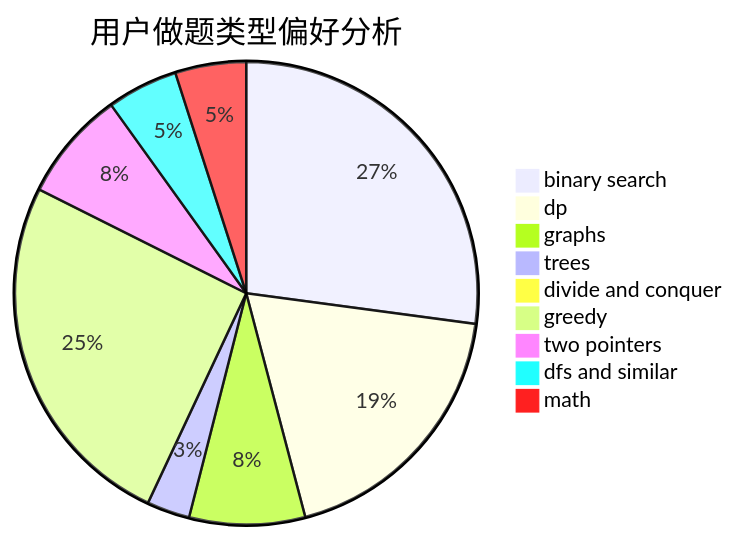
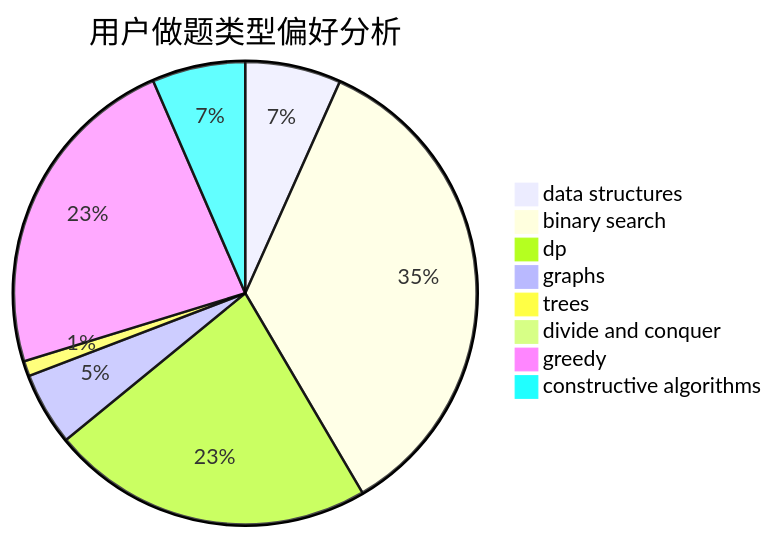
The second of 3 diagrams in docs/user/u1444.md (sherpahu/cfrs.github.io), drawn with Mermaid before and after one commit. The commit also changed other lines of this file and 2775 other files, not shown here.

````diff
--- a/docs/user/u1444.md
+++ b/docs/user/u1444.md
@@ -23,12 +23,11 @@
 ```mermaid
 pie title 用户做题类型偏好分析
-    "binary search" :  208
-    "dp" :  144
-    "graphs" :  62
-    "trees" :  23
-    "divide and conquer" :  2
-    "greedy" :  195
-    "two pointers" :  59
-    "dfs and similar" :  38
-    "math" :  38
+    "data structures" :  38
+    "binary search" :  198
+    "dp" :  128
+    "graphs" :  29
+    "trees" :  6
+    "divide and conquer" :  0
+    "greedy" :  132
+    "constructive algorithms" :  37
 ```
````
